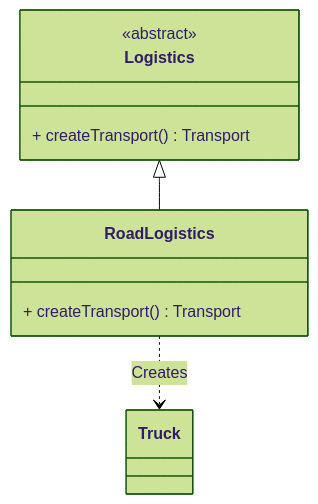
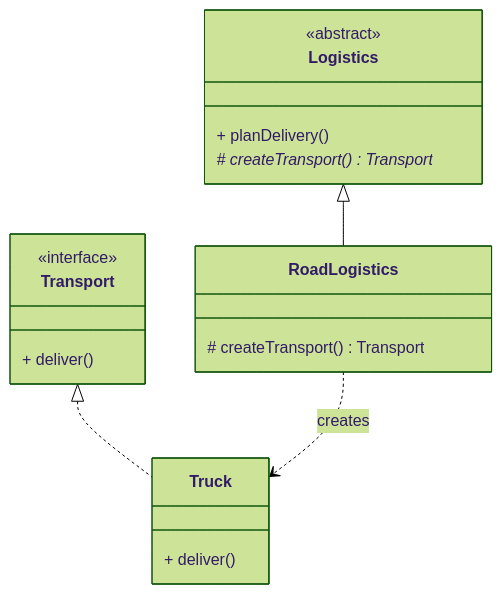
The second of 22 diagrams in Readme.md (swapnilphalke97/Design-Pattern), drawn with Mermaid (forest theme) before and after one commit. The commit also changed other lines of this file, not shown here.

````diff
--- a/Readme.md
+++ b/Readme.md
@@ -63,12 +62,21 @@
 ```mermaid
 classDiagram
+    class Transport {
+        <<interface>>
+        + deliver()
+    }
+    class Truck {
+        + deliver()
+    }
     class Logistics {
         <<abstract>>
-        + createTransport() Transport
+        + planDelivery()
+        # createTransport() Transport*
     }
     class RoadLogistics {
-        + createTransport() Transport
+        # createTransport() Transport
     }
+    Transport <|.. Truck
     Logistics <|-- RoadLogistics
-    RoadLogistics ..> Truck : Creates
+    RoadLogistics ..> Truck : creates
 ```
````
